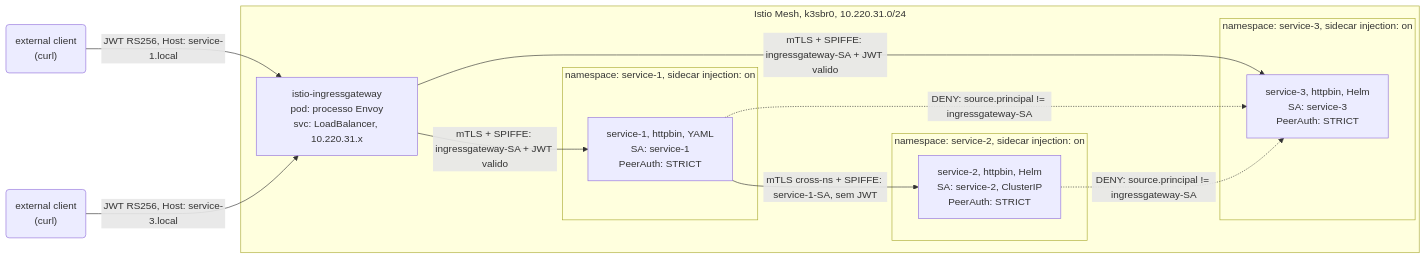
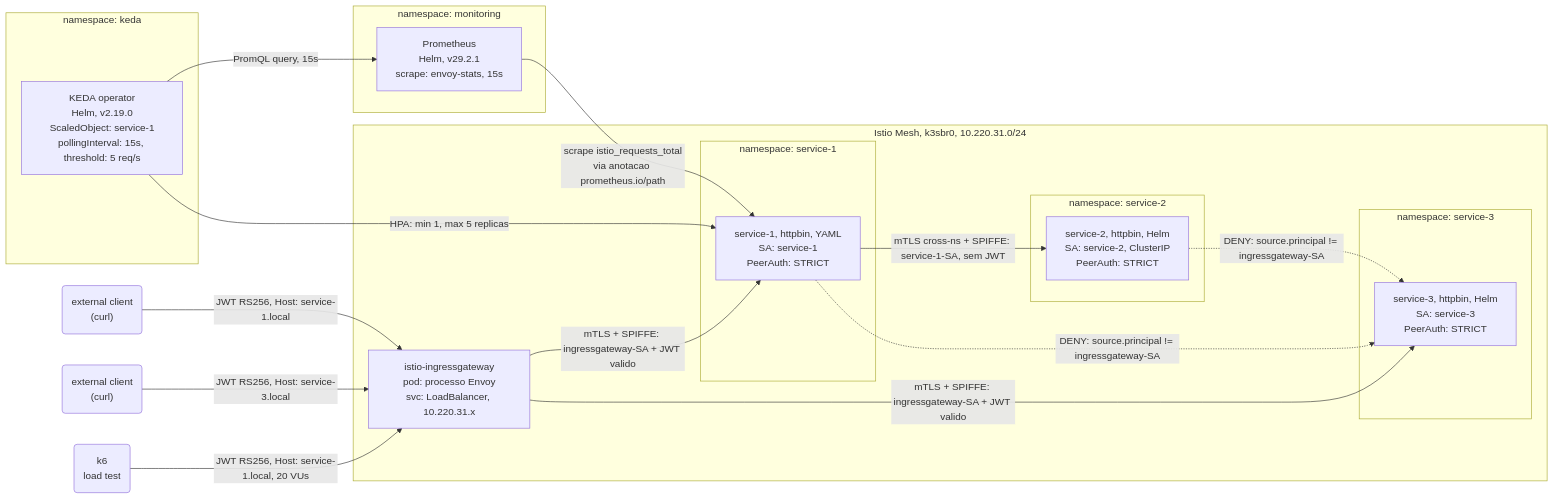
One commit to vitorco7/desafio-devops-prefeitura-rj changed the diagram in README.md. Above: the diagram before and after it, drawn with Mermaid. The commit also changed other lines of this file, not shown here.

Commit message:
add bonus components to topology diagram

````diff
--- a/README.md
+++ b/README.md
@@ -70,32 +70,46 @@
 ```mermaid
 flowchart LR
     client1("external client<br/>(curl)")
     client2("external client<br/>(curl)")
+    k6("k6<br/>load test")
 
     subgraph mesh["Istio Mesh, k3sbr0, 10.220.31.0/24"]
         gw["istio-ingressgateway<br/>pod: processo Envoy<br/>svc: LoadBalancer, 10.220.31.x"]
 
-        subgraph ns1["namespace: service-1, sidecar injection: on"]
+        subgraph ns1["namespace: service-1"]
             s1["service-1, httpbin, YAML<br/>SA: service-1<br/>PeerAuth: STRICT"]
         end
 
-        subgraph ns2["namespace: service-2, sidecar injection: on"]
+        subgraph ns2["namespace: service-2"]
             s2["service-2, httpbin, Helm<br/>SA: service-2, ClusterIP<br/>PeerAuth: STRICT"]
         end
 
-        subgraph ns3["namespace: service-3, sidecar injection: on"]
+        subgraph ns3["namespace: service-3"]
             s3["service-3, httpbin, Helm<br/>SA: service-3<br/>PeerAuth: STRICT"]
         end
     end
 
+    subgraph nsmon["namespace: monitoring"]
+        prom["Prometheus<br/>Helm, v29.2.1<br/>scrape: envoy-stats, 15s"]
+    end
+
+    subgraph nskeda["namespace: keda"]
+        keda["KEDA operator<br/>Helm, v2.19.0<br/>ScaledObject: service-1<br/>pollingInterval: 15s, threshold: 5 req/s"]
+    end
+
     client1 -->|"JWT RS256, Host: service-1.local"| gw
     client2 -->|"JWT RS256, Host: service-3.local"| gw
+    k6 -->|"JWT RS256, Host: service-1.local, 20 VUs"| gw
 
     gw -->|"mTLS + SPIFFE: ingressgateway-SA + JWT valido"| s1
     gw -->|"mTLS + SPIFFE: ingressgateway-SA + JWT valido"| s3
 
     s1 -->|"mTLS cross-ns + SPIFFE: service-1-SA, sem JWT"| s2
 
     s1 -. "DENY: source.principal != ingressgateway-SA" .-> s3
     s2 -. "DENY: source.principal != ingressgateway-SA" .-> s3
+
+    prom -->|"scrape istio_requests_total<br/>via anotacao prometheus.io/path"| s1
+    keda -->|"PromQL query, 15s"| prom
+    keda -->|"HPA: min 1, max 5 replicas"| s1
 ```
````
